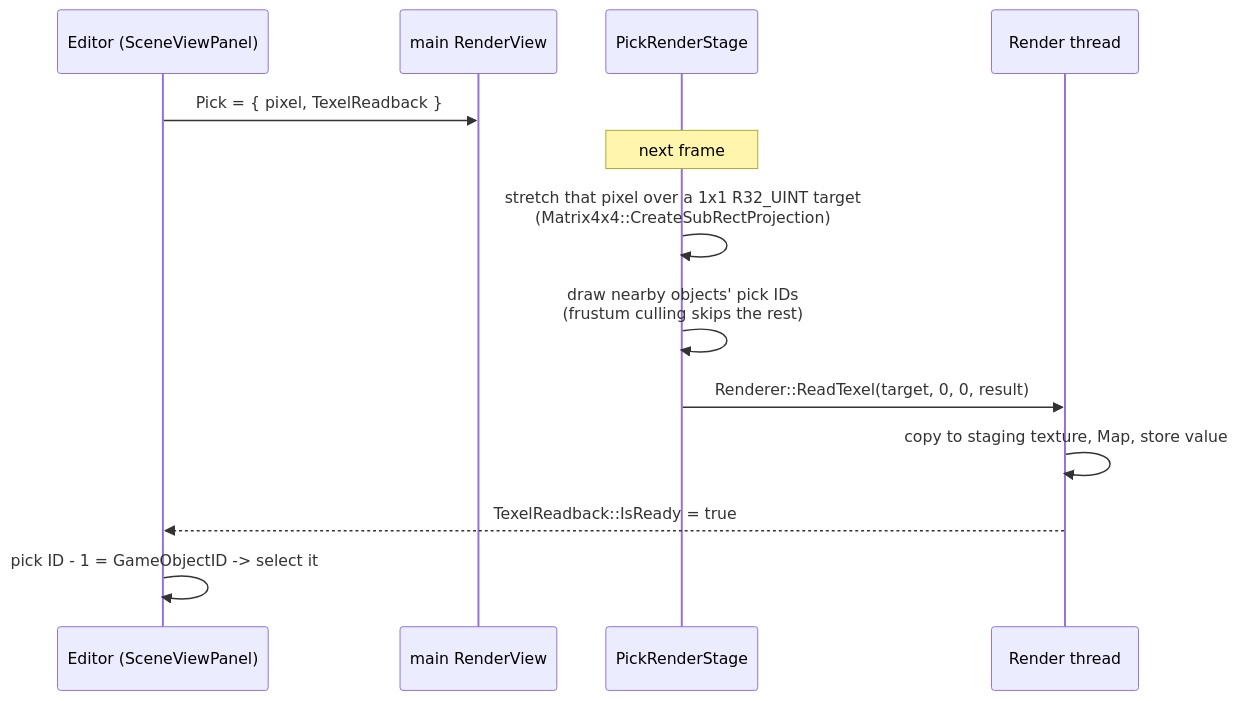
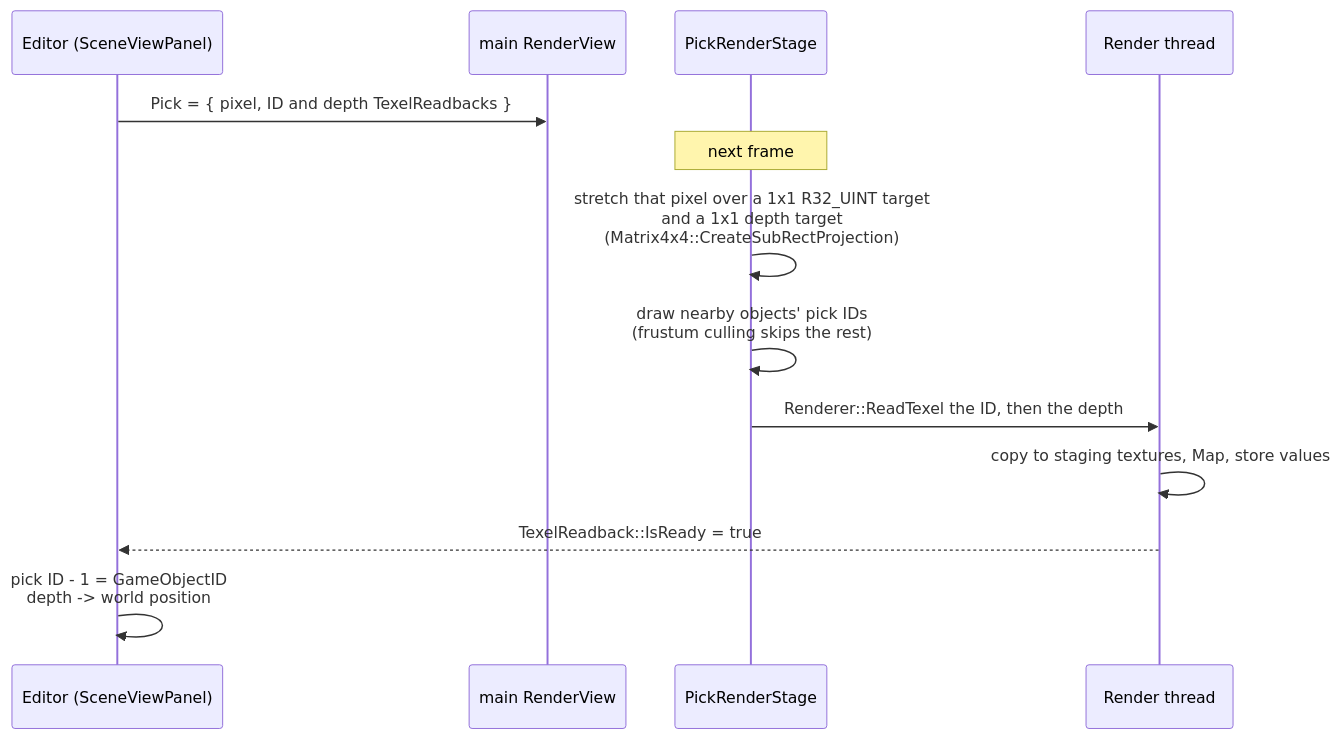
The fourth of 4 diagrams in Docs/Generated/Engine/04-Rendering/Render-Stages.md (b1nary0/RZE), drawn with Mermaid before and after one commit. The commit also changed other lines of this file and 39 other files, not shown here.

````diff
--- a/Docs/Generated/Engine/04-Rendering/Render-Stages.md
+++ b/Docs/Generated/Engine/04-Rendering/Render-Stages.md
@@ -142,16 +142,16 @@
 ```mermaid
 %%{init: {'flowchart': {'subGraphTitleMargin': {'top': 6, 'bottom': 10}}, 'themeCSS': '.labelBkg, .edgeLabel { background-color: var(--background-primary) !important; } .messageText, .labelText, .loopText { paint-order: stroke; stroke: var(--background-primary); stroke-width: 5px; stroke-linejoin: round; }'}}%%
 sequenceDiagram
     participant Ed as Editor (SceneViewPanel)
     participant View as main RenderView
     participant Pick as PickRenderStage
     participant RT as Render thread
-    Ed->>View: Pick = { pixel, TexelReadback }
+    Ed->>View: Pick = { pixel, ID and depth TexelReadbacks }
     Note over Pick: next frame
-    Pick->>Pick: stretch that pixel over a 1x1 R32_UINT target<br/>(Matrix4x4::CreateSubRectProjection)
+    Pick->>Pick: stretch that pixel over a 1x1 R32_UINT target<br/>and a 1x1 depth target<br/>(Matrix4x4::CreateSubRectProjection)
     Pick->>Pick: draw nearby objects' pick IDs<br/>(frustum culling skips the rest)
-    Pick->>RT: Renderer::ReadTexel(target, 0, 0, result)
-    RT->>RT: copy to staging texture, Map, store value
+    Pick->>RT: Renderer::ReadTexel the ID, then the depth
+    RT->>RT: copy to staging textures, Map, store values
     RT-->>Ed: TexelReadback::IsReady = true
-    Ed->>Ed: pick ID - 1 = GameObjectID -> select it
+    Ed->>Ed: pick ID - 1 = GameObjectID<br/>depth -> world position
 ```
````
